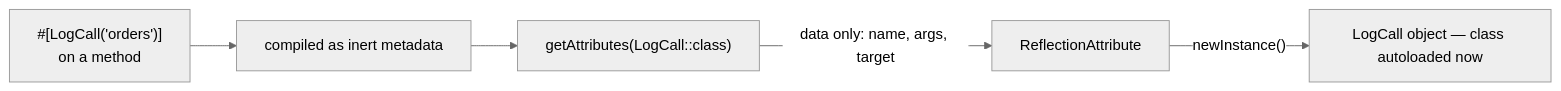
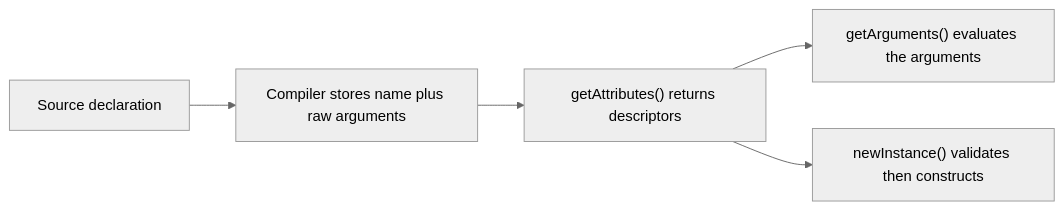
The second of 2 diagrams in docs/php-web-security/attributes.md (jasseryah-mazars/Sf-8.0), drawn with Mermaid (neutral theme) before and after one commit. The commit also changed other lines of this file and 18 other files, not shown here.

````diff
--- a/docs/php-web-security/attributes.md
+++ b/docs/php-web-security/attributes.md
@@ -151,7 +426,7 @@
 ```mermaid
 flowchart LR
-    A["#[LogCall('orders')]<br/>on a method"] --> B["compiled as inert metadata"]
-    B --> C["getAttributes(LogCall::class)"]
-    C -->|"data only: name, args, target"| D["ReflectionAttribute"]
-    D -->|"newInstance()"| E["LogCall object — class autoloaded now"]
+    S["Source declaration"] --> C["Compiler stores name plus raw arguments"]
+    C --> G["getAttributes() returns descriptors"]
+    G --> A["getArguments() evaluates the arguments"]
+    G --> N["newInstance() validates then constructs"]
 ```
````
